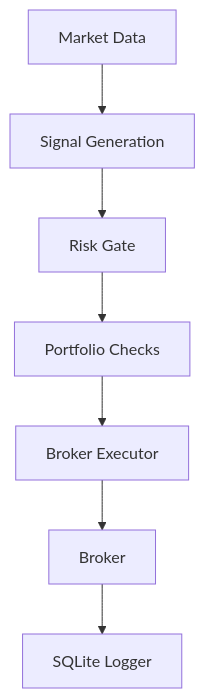
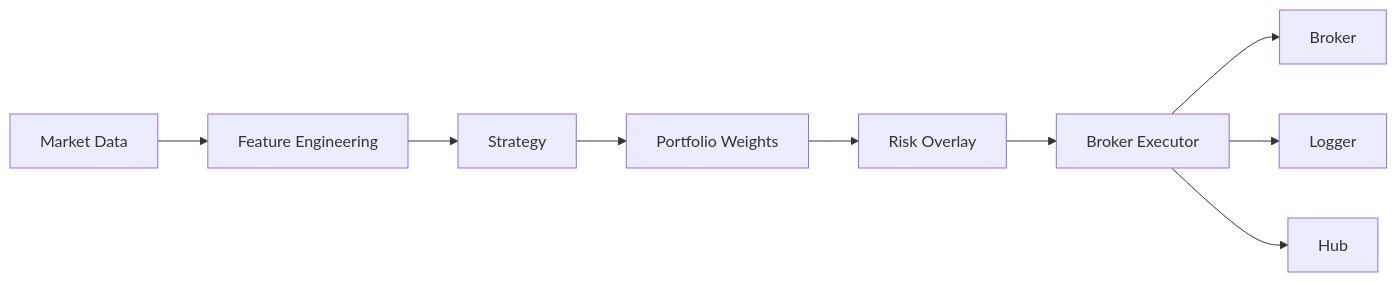
The diagram in README.md (iFabbro/STMAA), drawn with Mermaid before and after one commit. The commit also changed other lines of this file, not shown here.

````diff
--- a/README.md
+++ b/README.md
@@ -127,9 +45,11 @@
 ```mermaid
-flowchart TD
-    MD[Market Data] --> SG[Signal Generation]
-    SG --> RG[Risk Gate]
-    RG --> PC[Portfolio Checks]
-    PC --> BE[Broker Executor]
+flowchart LR
+    MD[Market Data] --> FE[Feature Engineering]
+    FE --> ST[Strategy]
+    ST --> PW[Portfolio Weights]
+    PW --> RO[Risk Overlay]
+    RO --> BE[Broker Executor]
     BE --> BR[Broker]
-    BR --> LG[SQLite Logger]
+    BE --> LG[Logger]
+    BE --> HB[Hub]
 ```
````
